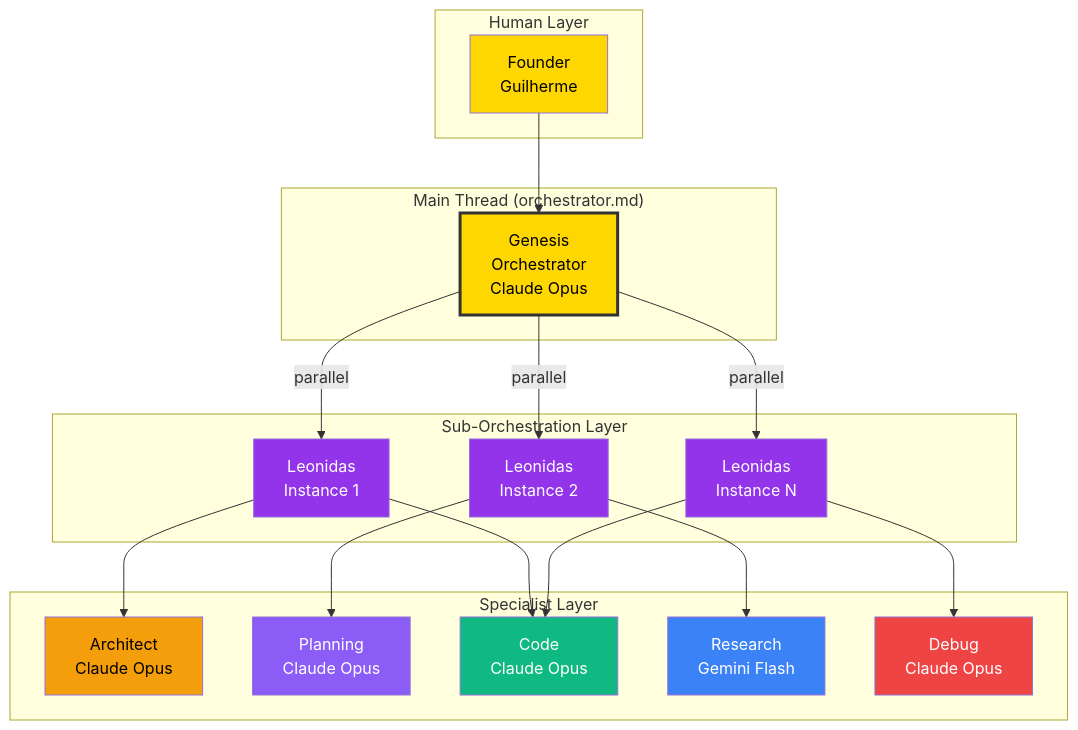
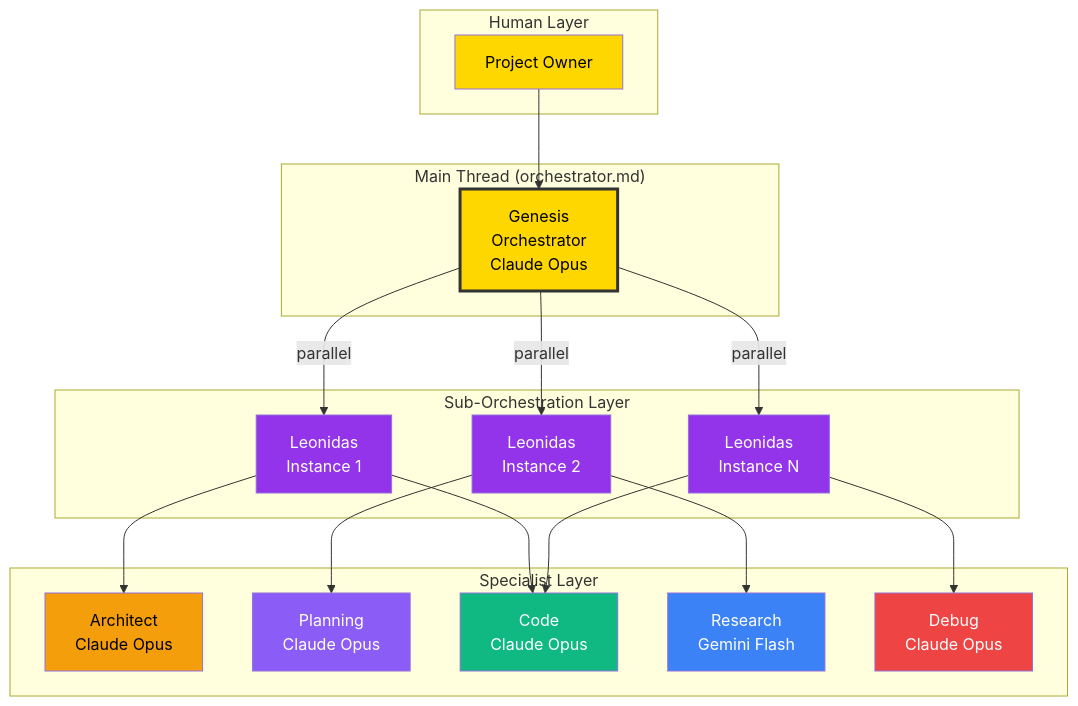
One commit to nonexphere/opencode-template changed the second of 2 diagrams in .opencode/BOOTSTRAP.md. Above: the diagram before and after it, drawn with Mermaid. The commit also changed other lines of this file and 31 other files, not shown here.

````diff
--- a/.opencode/BOOTSTRAP.md
+++ b/.opencode/BOOTSTRAP.md
@@ -439,41 +443,41 @@
 ```mermaid
 flowchart TD
     subgraph Human["Human Layer"]
-        F[Founder<br/>Guilherme]
+        F[Project Owner]
     end
     
     subgraph Main["Main Thread (orchestrator.md)"]
         O[Genesis<br/>Orchestrator<br/>Claude Opus]
     end
     
     subgraph SubOrch["Sub-Orchestration Layer"]
         L1[Leonidas<br/>Instance 1]
         L2[Leonidas<br/>Instance 2]
         L3[Leonidas<br/>Instance N]
     end
     
     subgraph Specialists["Specialist Layer"]
         A[Architect<br/>Claude Opus]
         P[Planning<br/>Claude Opus]
         C[Code<br/>Claude Opus]
         R[Research<br/>Gemini Flash]
         D[Debug<br/>Claude Opus]
     end
     
     F --> O
     O -->|parallel| L1 & L2 & L3
     L1 --> A & C
     L2 --> P & R
     L3 --> C & D
     
     style F fill:#FFD700,color:#000
     style O fill:#FFD700,stroke:#333,stroke-width:3px,color:#000
     style L1 fill:#9333EA,color:#fff
     style L2 fill:#9333EA,color:#fff
     style L3 fill:#9333EA,color:#fff
     style A fill:#F59E0B,color:#000
     style P fill:#8B5CF6,color:#fff
     style C fill:#10B981,color:#fff
     style R fill:#3B82F6,color:#fff
     style D fill:#EF4444,color:#fff
 ```
````
